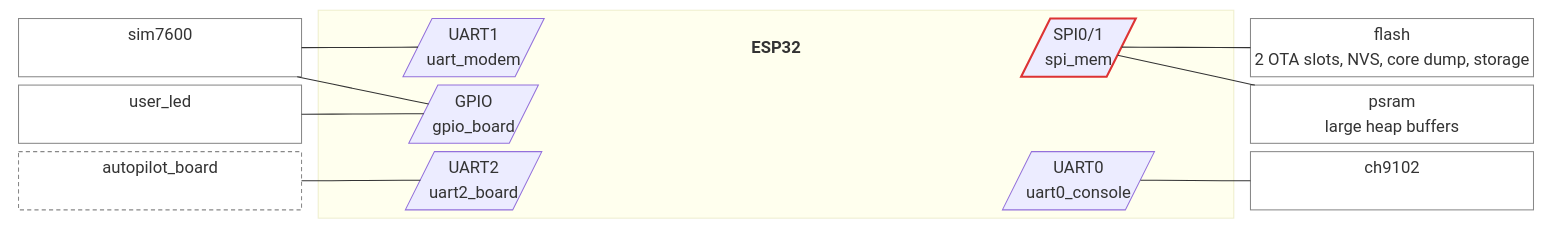
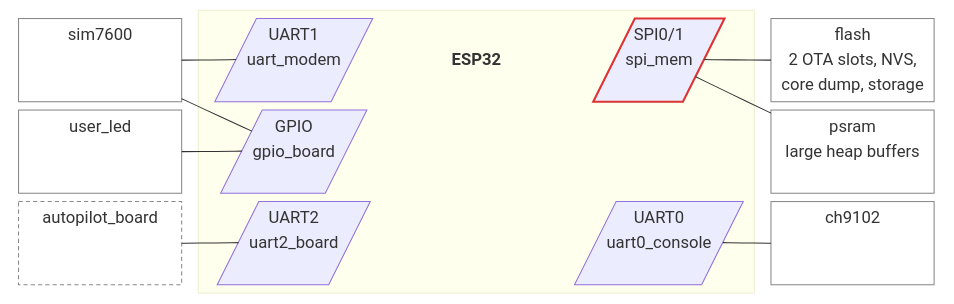
Before and after one commit to jRmx0/esp-architecture: the second of 4 diagrams in examples/gateway/diagrams.md, drawn with Mermaid. The commit also changed 2 other files, not shown here.

Commit message:
Block level 1: wrap holds between items, pad every cell to one height

````diff
--- a/examples/gateway/diagrams.md
+++ b/examples/gateway/diagrams.md
@@ -29,45 +29,45 @@
 ```mermaid
 block-beta
   columns 5
   block:left
     columns 1
-    n_sim7600["sim7600<br/>&nbsp;"]
-    n_user_led["user_led<br/>&nbsp;"]
-    n_autopilot_board["autopilot_board<br/>&nbsp;"]
+    n_sim7600["sim7600<br/>&nbsp;<br/>&nbsp;"]
+    n_user_led["user_led<br/>&nbsp;<br/>&nbsp;"]
+    n_autopilot_board["autopilot_board<br/>&nbsp;<br/>&nbsp;"]
   end
   block:chip:3
     columns 3
-    n_uart_modem[/"UART1<br/>uart_modem"/]
+    n_uart_modem[/"UART1<br/>uart_modem<br/>&nbsp;"/]
     chip_title["<b>ESP32</b>"]
-    n_spi_mem[/"SPI0/1<br/>spi_mem"/]
-    n_gpio_board[/"GPIO<br/>gpio_board"/]
+    n_spi_mem[/"SPI0/1<br/>spi_mem<br/>&nbsp;"/]
+    n_gpio_board[/"GPIO<br/>gpio_board<br/>&nbsp;"/]
     space
     space
-    n_uart2_board[/"UART2<br/>uart2_board"/]
+    n_uart2_board[/"UART2<br/>uart2_board<br/>&nbsp;"/]
     space
-    n_uart0_console[/"UART0<br/>uart0_console"/]
+    n_uart0_console[/"UART0<br/>uart0_console<br/>&nbsp;"/]
   end
   block:right
     columns 1
-    n_flash["flash<br/>2 OTA slots, NVS, core dump, storage"]
-    n_psram["psram<br/>large heap buffers"]
-    n_ch9102["ch9102<br/>&nbsp;"]
+    n_flash["flash<br/>2 OTA slots, NVS,<br/>core dump, storage"]
+    n_psram["psram<br/>large heap buffers<br/>&nbsp;"]
+    n_ch9102["ch9102<br/>&nbsp;<br/>&nbsp;"]
   end
   style left fill:none,stroke:none
   style right fill:none,stroke:none
   n_uart_modem --- n_sim7600
   n_gpio_board --- n_sim7600
   n_gpio_board --- n_user_led
   n_uart2_board --- n_autopilot_board
   n_uart0_console --- n_ch9102
   n_spi_mem --- n_flash
   n_spi_mem --- n_psram
   classDef title fill:none,stroke:none
   classDef device fill:none,stroke:#888
   classDef planned fill:none,stroke:#888,stroke-dasharray:4 3
   class chip_title title
   class n_sim7600,n_user_led,n_ch9102,n_flash,n_psram device
   class n_autopilot_board planned
   classDef shared stroke:#d33,stroke-width:2px
   class n_spi_mem shared
 ```
````
